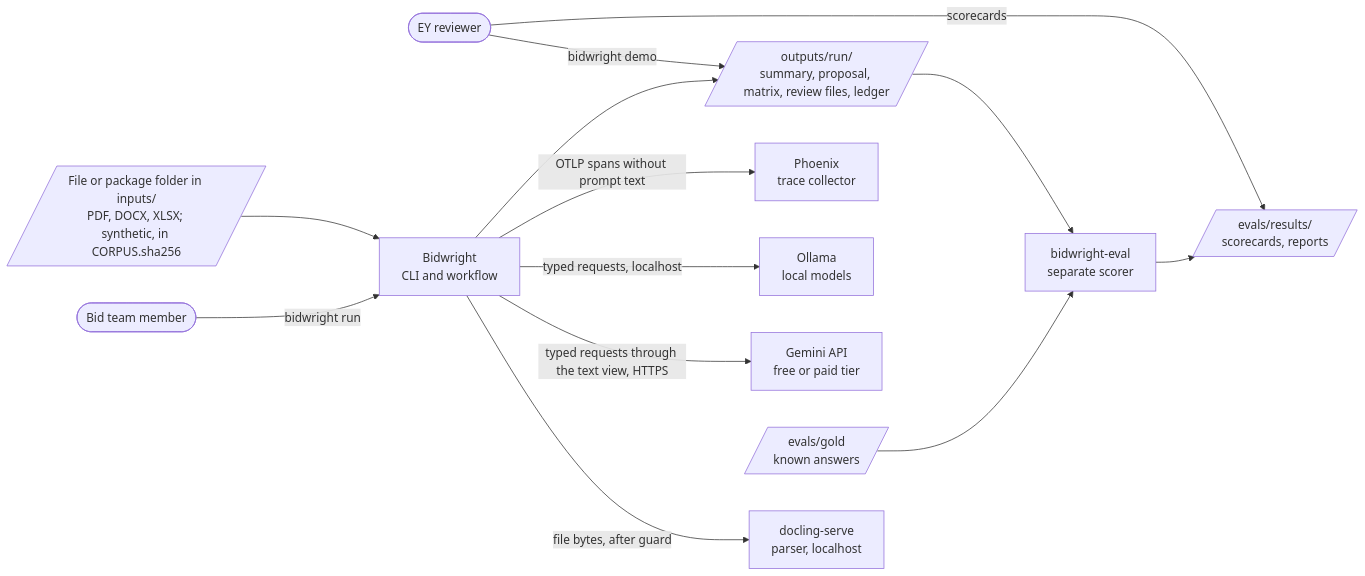
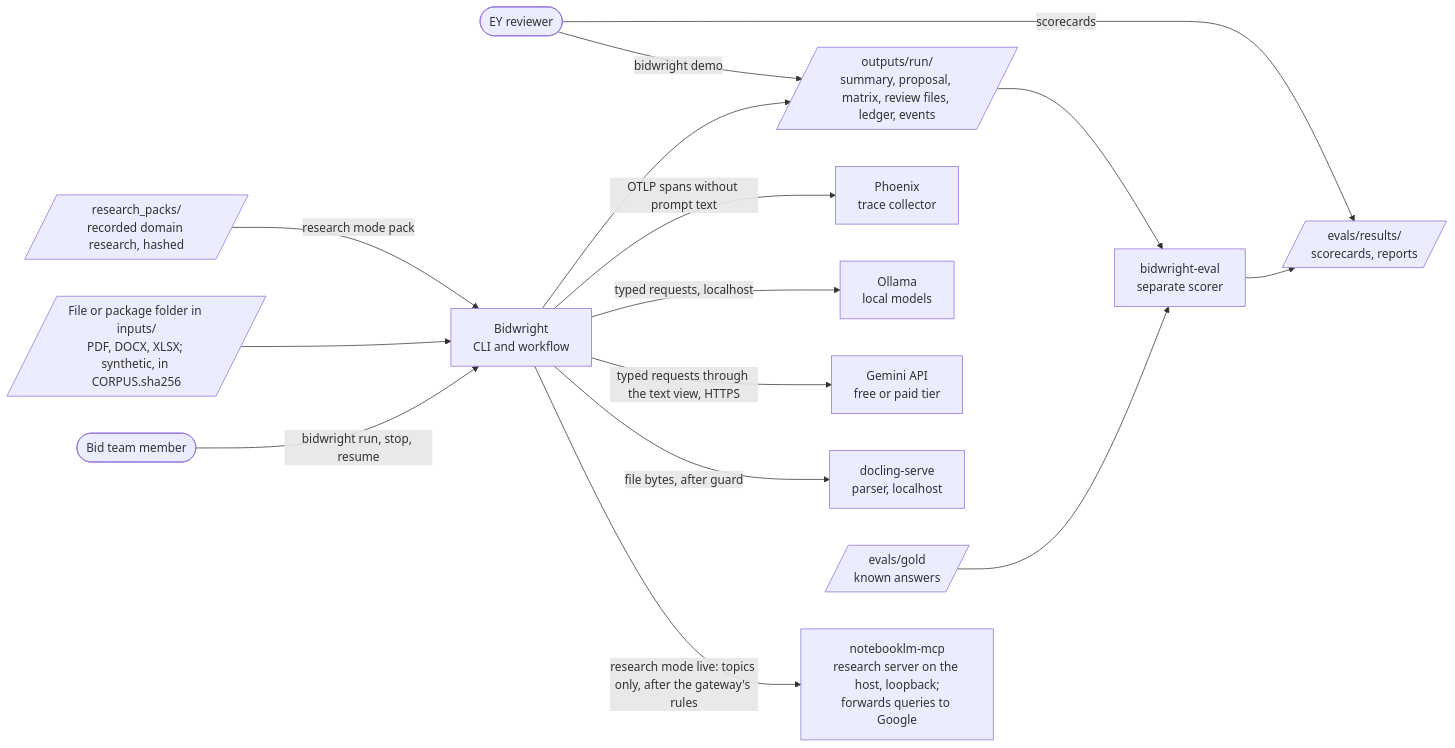
Before and after one commit to chouaibhoues-code/bidwright-rfp-agent: the first of 3 diagrams in docs/architecture.md, drawn with Mermaid. The commit also changed other lines of this file and 70 other files, not shown here.

````diff
--- a/docs/architecture.md
+++ b/docs/architecture.md
@@ -79,28 +83,32 @@
 ```mermaid
 flowchart LR
     team(["Bid team member"])
     reviewer(["EY reviewer"])
     rfp[/"File or package folder in inputs/<br/>PDF, DOCX, XLSX; synthetic, in CORPUS.sha256"/]
     bw["Bidwright<br/>CLI and workflow"]
     docling["docling-serve<br/>parser, localhost"]
     gemini["Gemini API<br/>free or paid tier"]
     ollama["Ollama<br/>local models"]
     phoenix["Phoenix<br/>trace collector"]
-    out[/"outputs/run/<br/>summary, proposal, matrix, review files, ledger"/]
+    nlm["notebooklm-mcp<br/>research server on the host, loopback;<br/>forwards queries to Google"]
+    packs[/"research_packs/<br/>recorded domain research, hashed"/]
+    out[/"outputs/run/<br/>summary, proposal, matrix, review files, ledger, events"/]
     evalr["bidwright-eval<br/>separate scorer"]
     gold[/"evals/gold<br/>known answers"/]
     score[/"evals/results/<br/>scorecards, reports"/]
 
-    team -- "bidwright run" --> bw
+    team -- "bidwright run, stop, resume" --> bw
     rfp --> bw
+    packs -- "research mode pack" --> bw
+    bw -- "research mode live: topics only, after the gateway's rules" --> nlm
     bw -- "file bytes, after guard" --> docling
     bw -- "typed requests through the text view, HTTPS" --> gemini
     bw -- "typed requests, localhost" --> ollama
     bw -- "OTLP spans without prompt text" --> phoenix
     bw --> out
     reviewer -- "bidwright demo" --> out
     reviewer -- "scorecards" --> score
     out --> evalr
     gold --> evalr
     evalr --> score
 ```
````
